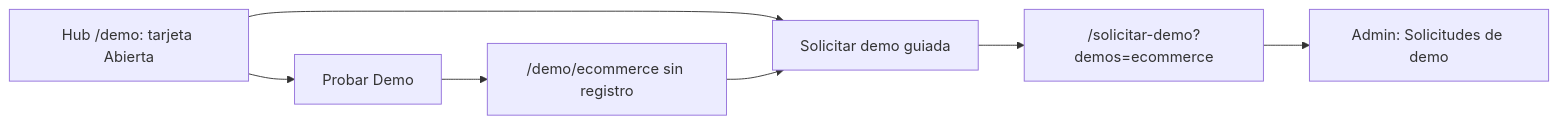
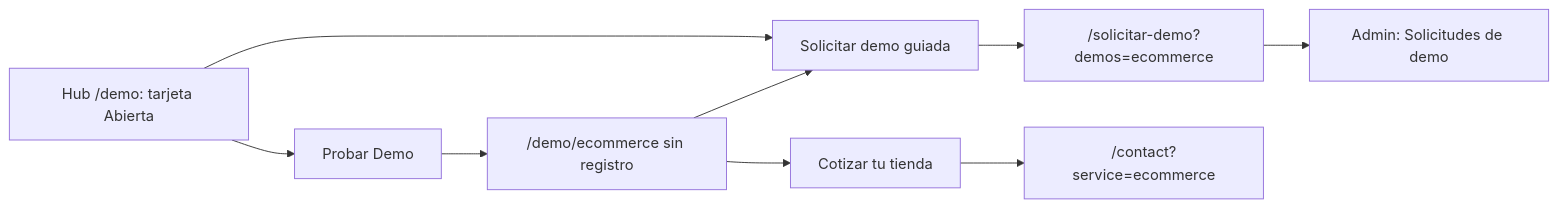
The third of 3 diagrams in docs/wiki/Guia-Demo-ecommerce.md (ronalc90/koptup), drawn with Mermaid before and after one commit. The commit also changed other lines of this file and 32 other files, not shown here.

````diff
--- a/docs/wiki/Guia-Demo-ecommerce.md
+++ b/docs/wiki/Guia-Demo-ecommerce.md
@@ -265,9 +273,11 @@
 ```mermaid
 flowchart LR
     H["Hub /demo: tarjeta Abierta"] --> P["Probar Demo"]
     P --> D["/demo/ecommerce sin registro"]
     H --> G["Solicitar demo guiada"]
     D --> G
+    D --> Q["Cotizar tu tienda"]
     G --> F["/solicitar-demo?demos=ecommerce"]
+    Q --> C["/contact?service=ecommerce"]
     F --> AD["Admin: Solicitudes de demo"]
 ```
````
